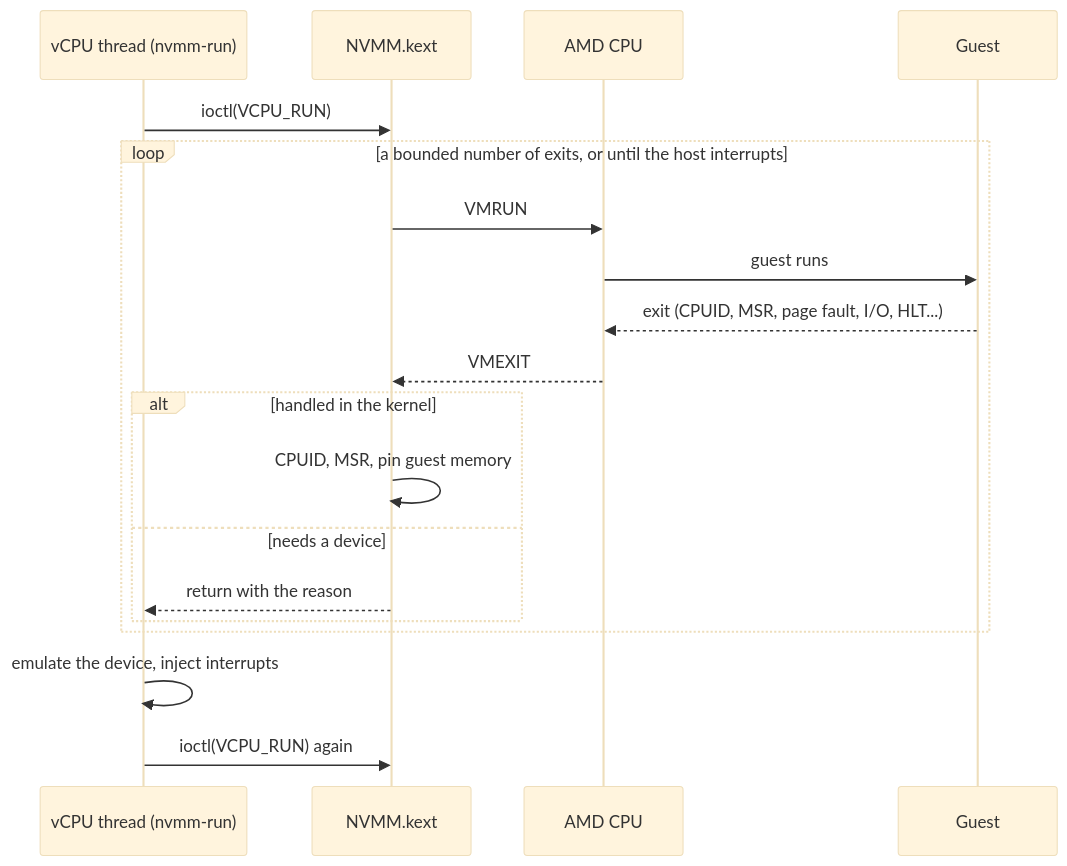
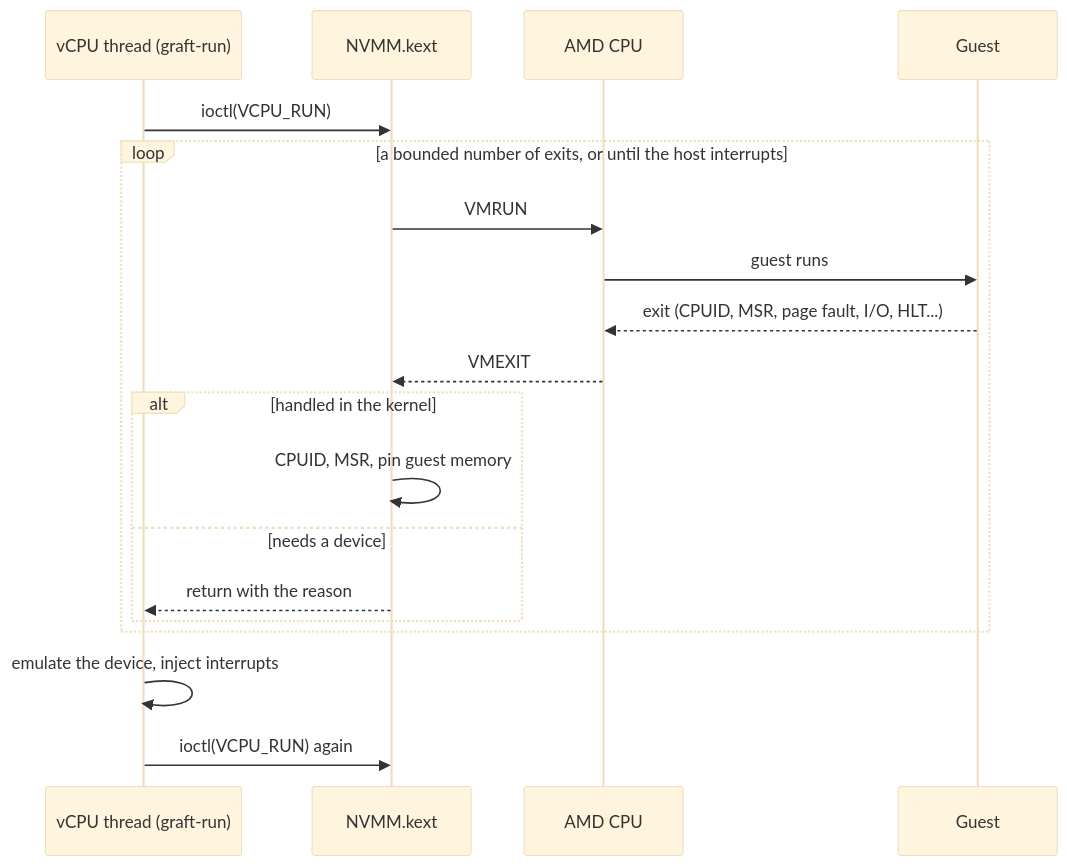
The fourth of 6 diagrams in README.md (milouk/graft), drawn with Mermaid (base theme) before and after one commit. The commit also changed other lines of this file and 8 other files, not shown here.

Commit message:
Rename the VMM to graft-run, and the image's files, key and hostname with it

````diff
--- a/README.md
+++ b/README.md
@@ -192,22 +192,22 @@
 ```mermaid
 sequenceDiagram
-    participant V as vCPU thread (nvmm-run)
+    participant V as vCPU thread (graft-run)
     participant K as NVMM.kext
     participant C as AMD CPU
     participant G as Guest
 
     V->>K: ioctl(VCPU_RUN)
     loop a bounded number of exits, or until the host interrupts
         K->>C: VMRUN
         C->>G: guest runs
         G-->>C: exit (CPUID, MSR, page fault, I/O, HLT...)
         C-->>K: VMEXIT
         alt handled in the kernel
             K->>K: CPUID, MSR, pin guest memory
         else needs a device
             K-->>V: return with the reason
         end
     end
     V->>V: emulate the device, inject interrupts
     V->>K: ioctl(VCPU_RUN) again
 ```
````
